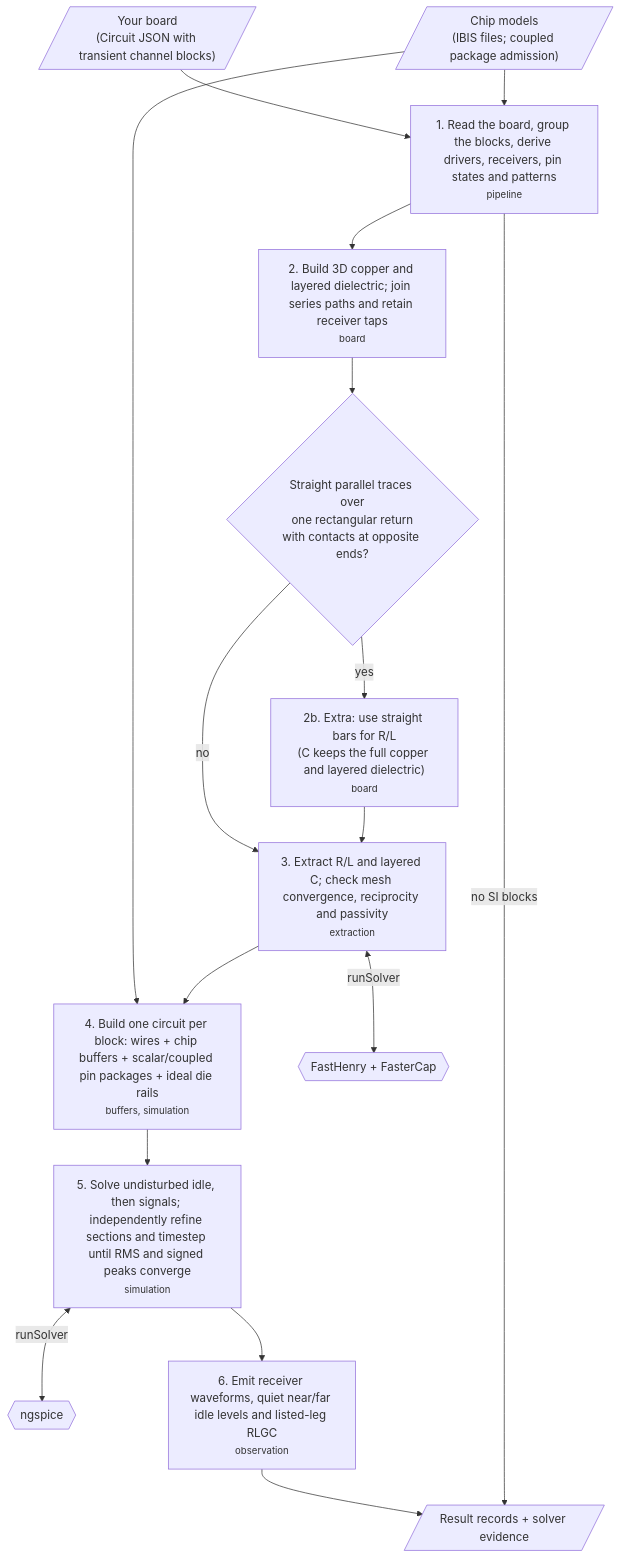
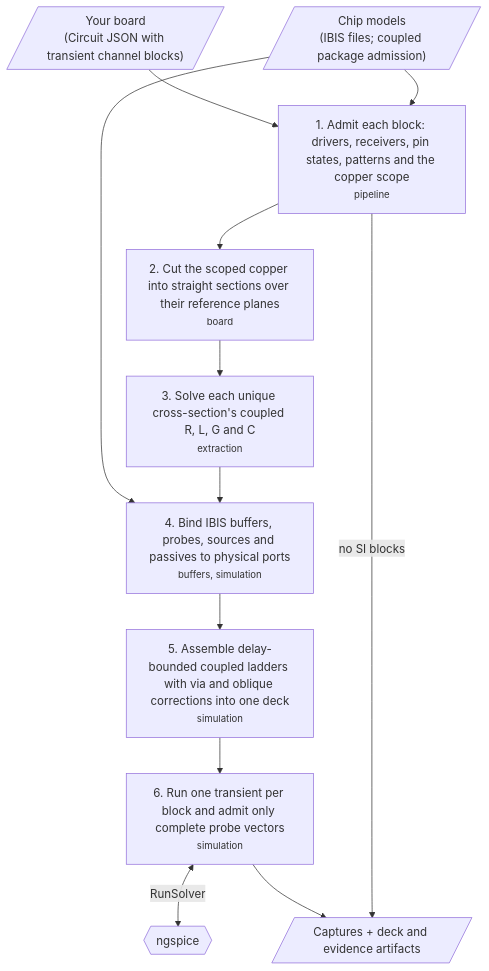
The first of 3 diagrams in README.md (ShiboSoftwareDev/signal-integrity-pipeline), drawn with Mermaid before and after one commit. The commit also changed other lines of this file and 192 other files, not shown here.

First line of the commit message:
refactor!: remove the 3D extraction pipeline; routed 2.5D is the only path

````diff
--- a/README.md
+++ b/README.md
@@ -82,18 +65,14 @@
 ```mermaid
 flowchart TD
-  board[/"Your board<br/>(Circuit JSON with transient channel blocks)"/] --> s1["1. Read the board, group the blocks, derive drivers, receivers, pin states and patterns<br/><small>pipeline</small>"]
+  board[/"Your board<br/>(Circuit JSON with transient channel blocks)"/] --> s1["1. Admit each block: drivers, receivers, pin states, patterns and the copper scope<br/><small>pipeline</small>"]
   chips[/"Chip models<br/>(IBIS files; coupled package admission)"/] --> s1
+  s1 --> s2["2. Cut the scoped copper into straight sections over their reference planes<br/><small>board</small>"]
+  s2 --> s3["3. Solve each unique cross-section's coupled R, L, G and C<br/><small>extraction</small>"]
   chips --> s4
-  s1 --> s2["2. Build 3D copper and layered dielectric; join series paths and retain receiver taps<br/><small>board</small>"]
-  s2 --> q{"Straight parallel traces over<br/>one rectangular return<br/>with contacts at opposite ends?"}
-  q -->|"yes"| s2b["2b. Extra: use straight bars for R/L<br/>(C keeps the full copper and layered dielectric)<br/><small>board</small>"]
-  q -->|"no"| s3
-  s2b --> s3["3. Extract R/L and layered C; check mesh convergence, reciprocity and passivity<br/><small>extraction</small>"]
-  s3 <-->|"runSolver"| fs{{"FastHenry + FasterCap"}}
-  s3 --> s4["4. Build one circuit per block: wires + chip buffers + scalar/coupled pin packages + ideal die rails<br/><small>buffers, simulation</small>"]
-  s4 --> s5["5. Solve undisturbed idle, then signals; independently refine sections and timestep until RMS and signed peaks converge<br/><small>simulation</small>"]
-  s5 <-->|"runSolver"| ng{{"ngspice"}}
-  s5 --> s6["6. Emit receiver waveforms, quiet near/far idle levels and listed-leg RLGC<br/><small>observation</small>"]
-  s6 --> out[/"Result records + solver evidence"/]
+  s3 --> s4["4. Bind IBIS buffers, probes, sources and passives to physical ports<br/><small>buffers, simulation</small>"]
+  s4 --> s5["5. Assemble delay-bounded coupled ladders with via and oblique corrections into one deck<br/><small>simulation</small>"]
+  s5 --> s6["6. Run one transient per block and admit only complete probe vectors<br/><small>simulation</small>"]
+  s6 <-->|"RunSolver"| ng{{"ngspice"}}
+  s6 --> out[/"Captures + deck and evidence artifacts"/]
   s1 -->|"no SI blocks"| out
 ```
````
